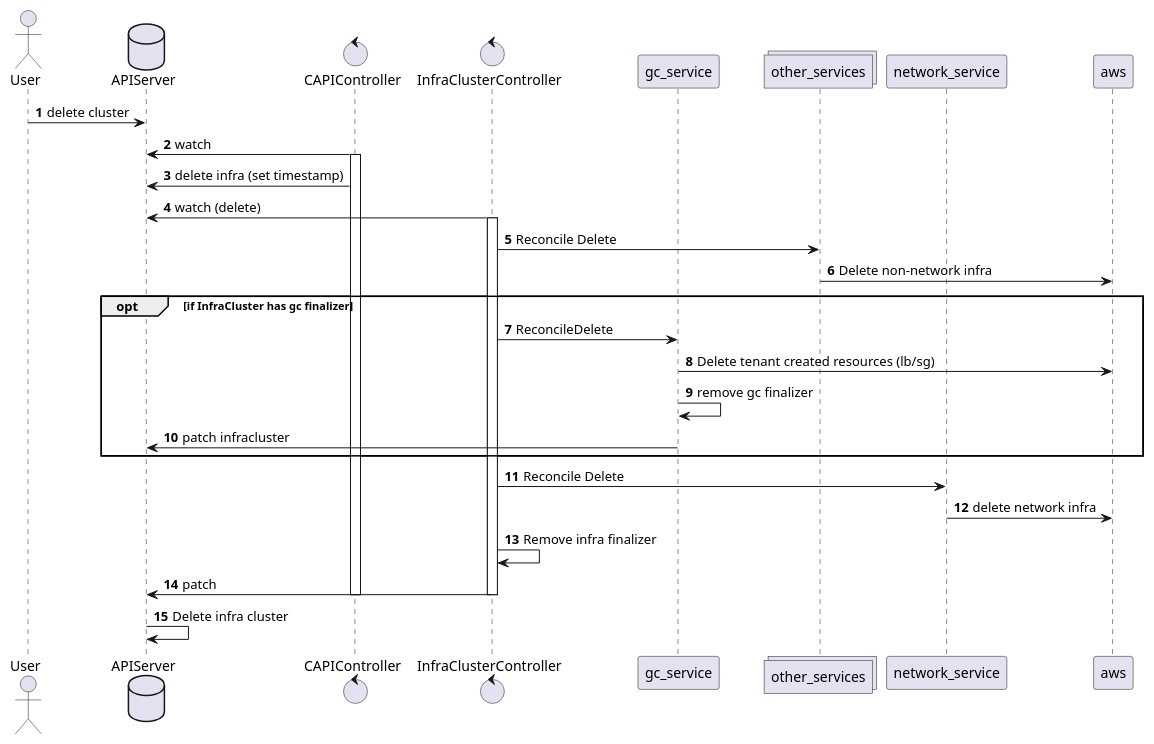
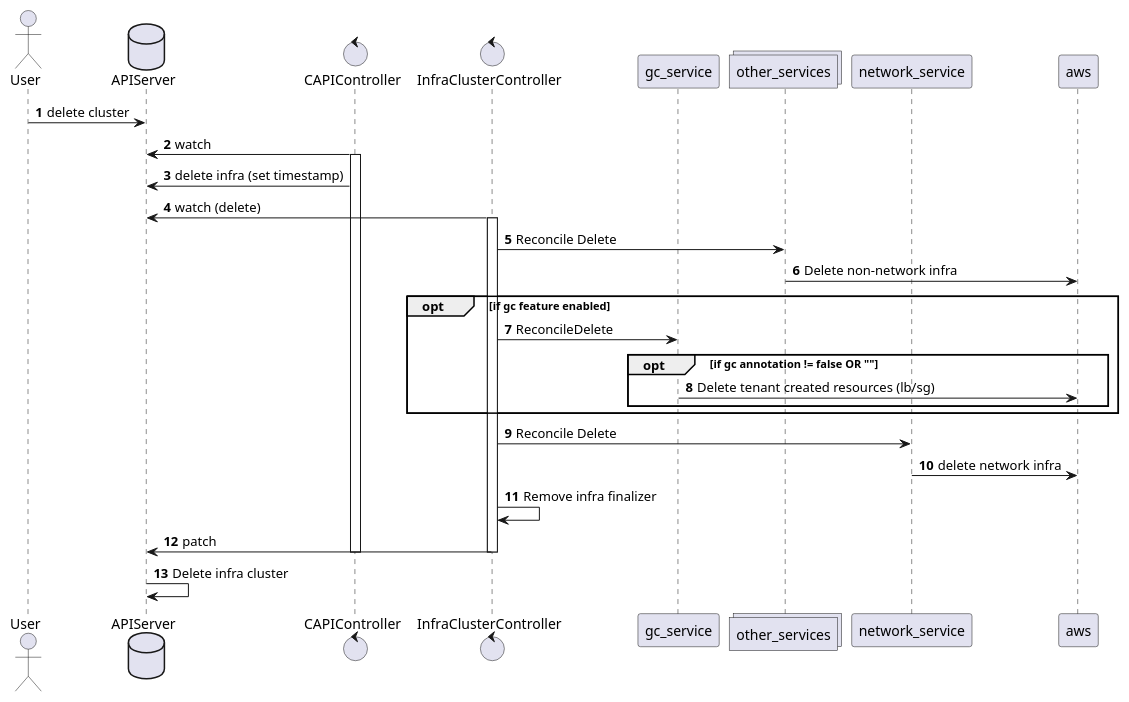
Before and after one commit to kubernetes-sigs/cluster-api-provider-aws: the diagram in docs/proposal/20220712-garbage-collection-delete.plantuml, drawn with PlantUML. The commit also changed 4 other files, not shown here.

```diff
--- a/docs/proposal/20220712-garbage-collection-delete.plantuml
+++ b/docs/proposal/20220712-garbage-collection-delete.plantuml
@@ -1,34 +1,34 @@
 @startuml
 autonumber
 actor User
 database APIServer
 control CAPIController
 control InfraClusterController
 participant gc_service
 collections other_services
 participant network_service
 participant aws
 User -> APIServer: delete cluster
 CAPIController -> APIServer: watch
 activate CAPIController
 CAPIController -> APIServer: delete infra (set timestamp)
 
 InfraClusterController -> APIServer: watch (delete)
 activate InfraClusterController
 InfraClusterController -> other_services: Reconcile Delete 
 other_services -> aws: Delete non-network infra
-opt if InfraCluster has gc finalizer
+opt if gc feature enabled
     InfraClusterController -> gc_service: ReconcileDelete
-    gc_service -> aws: Delete tenant created resources (lb/sg)
-    gc_service -> gc_service: remove gc finalizer
-    gc_service -> APIServer: patch infracluster
+    opt if gc annotation != false OR ""
+        gc_service -> aws: Delete tenant created resources (lb/sg)
+    end
 end
 InfraClusterController -> network_service: Reconcile Delete
 network_service -> aws: delete network infra
 InfraClusterController -> InfraClusterController: Remove infra finalizer
 InfraClusterController -> APIServer: patch
 deactivate InfraClusterController
 deactivate CAPIController
 APIServer -> APIServer: Delete infra cluster
 
 @enduml
```
